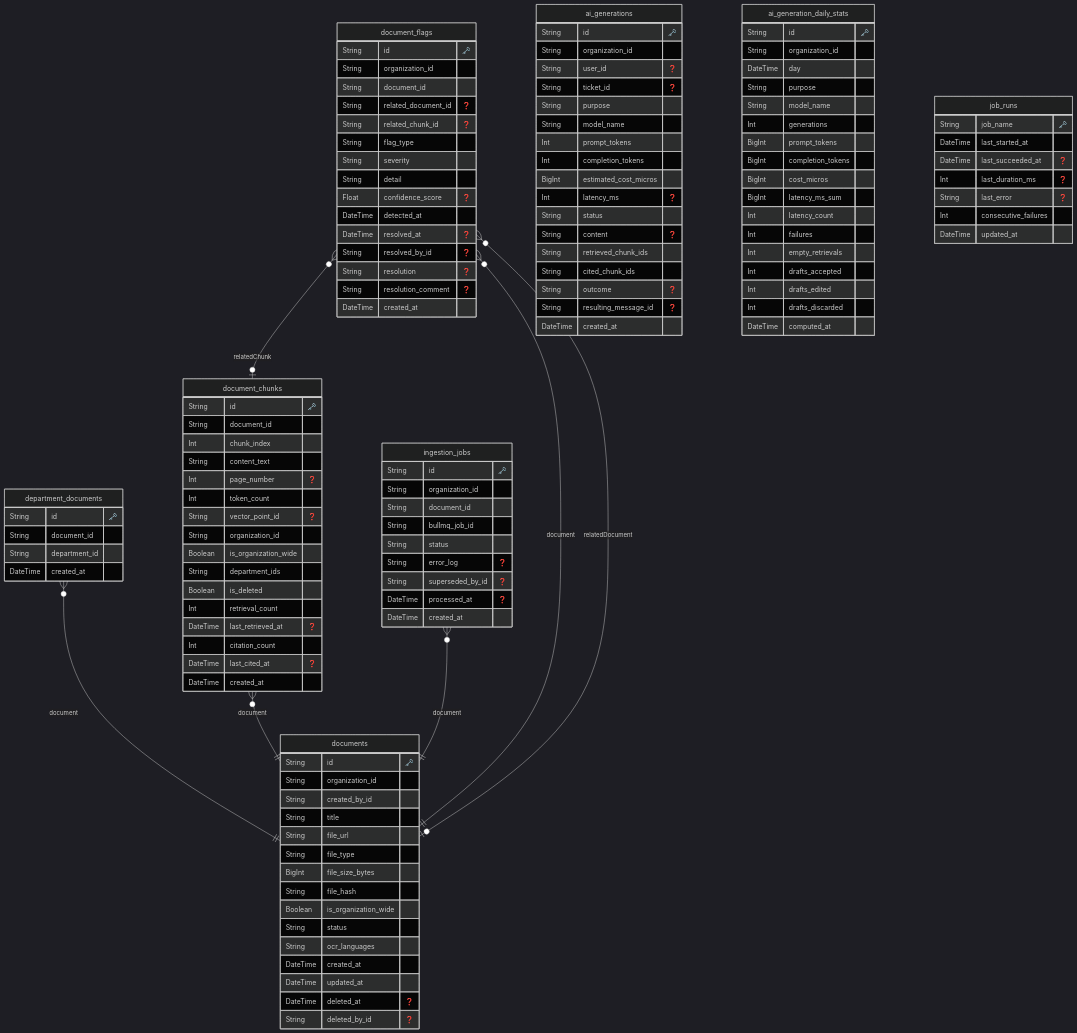
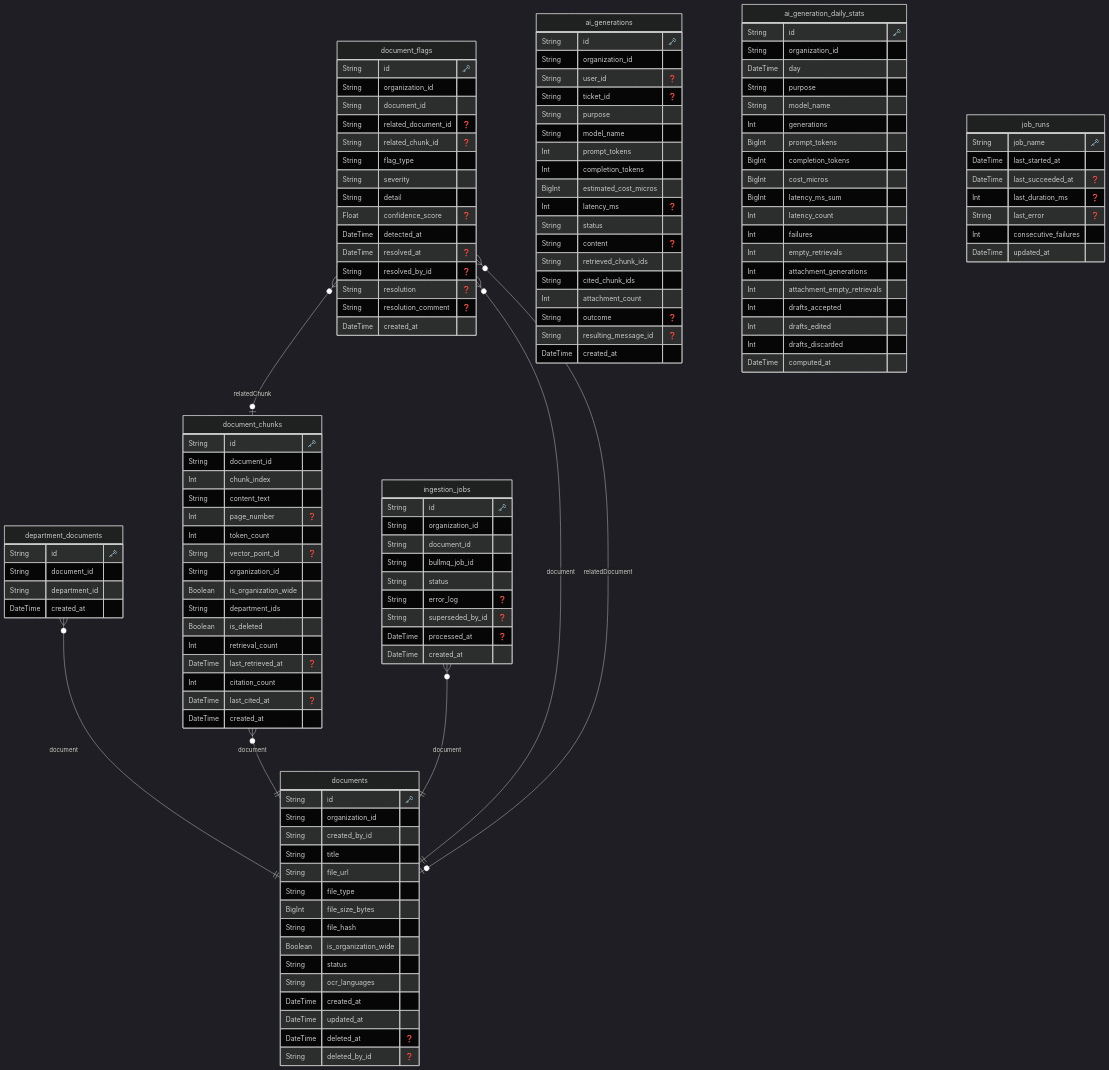
The diagram in docs/reference/erd/ingestion-service.md (dungtq2k5/synapse-desk), drawn with Mermaid (dark theme) before and after one commit. The commit also changed 62 other files, not shown here.

```diff
--- a/docs/reference/erd/ingestion-service.md
+++ b/docs/reference/erd/ingestion-service.md
@@ -95,6 +95,7 @@
     String content "❓"
     String retrieved_chunk_ids 
     String cited_chunk_ids 
+    Int attachment_count 
     String outcome "❓"
     String resulting_message_id "❓"
     DateTime created_at 
@@ -115,6 +116,8 @@
     Int latency_count 
     Int failures 
     Int empty_retrievals 
+    Int attachment_generations 
+    Int attachment_empty_retrievals 
     Int drafts_accepted 
     Int drafts_edited 
     Int drafts_discarded 
```
